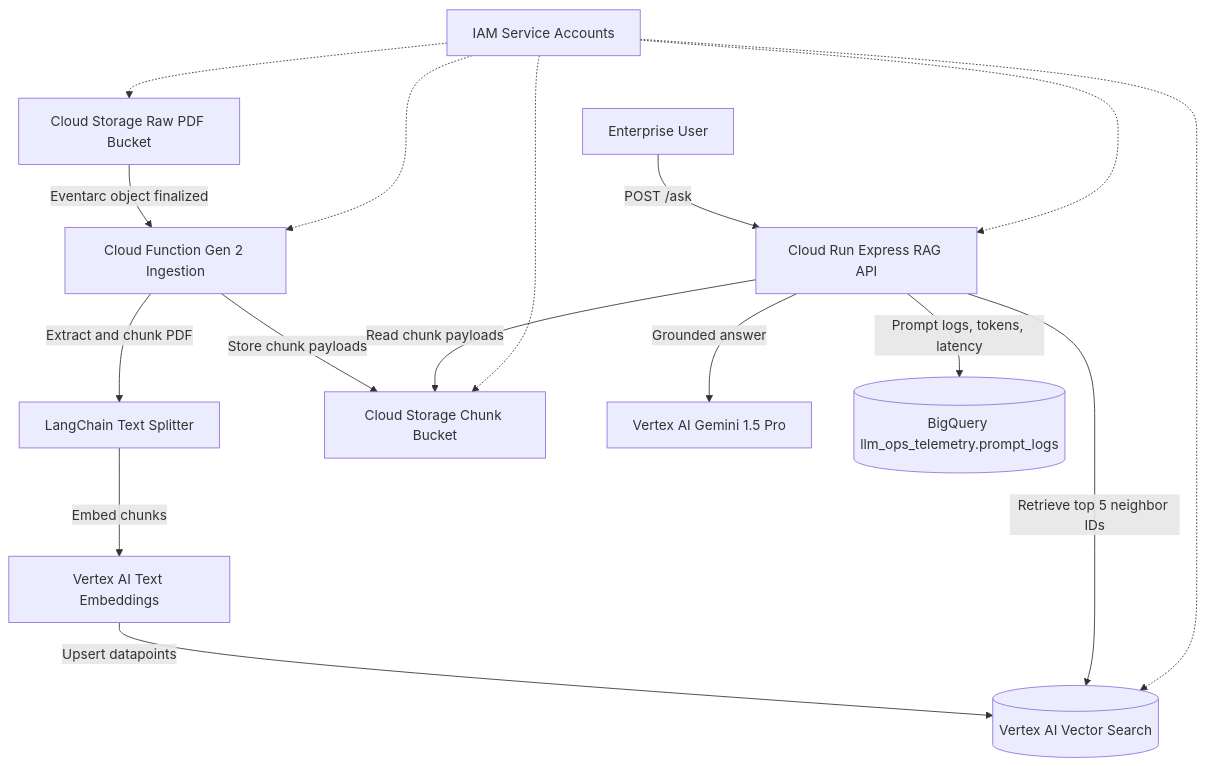
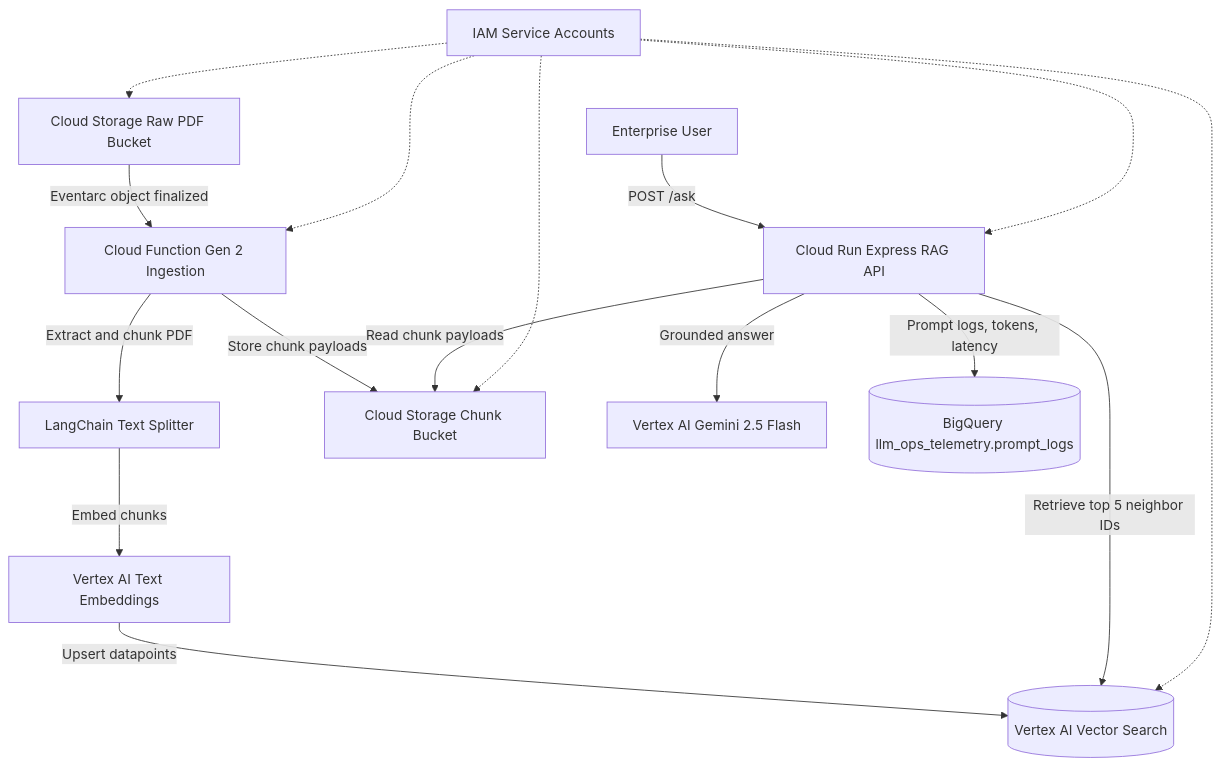
Before and after one commit to otyeung/vertex-enterprise-rag: the diagram in README.md, drawn with Mermaid. The commit also changed other lines of this file, not shown here.

````diff
--- a/README.md
+++ b/README.md
@@ -26,18 +26,18 @@
 ```mermaid
 graph TD
     User[Enterprise User] -->|POST /ask| Run[Cloud Run Express RAG API]
     GCS[Cloud Storage Raw PDF Bucket] -->|Eventarc object finalized| Fn[Cloud Function Gen 2 Ingestion]
     Fn -->|Extract and chunk PDF| Split[LangChain Text Splitter]
     Split -->|Embed chunks| Embed[Vertex AI Text Embeddings]
     Embed -->|Upsert datapoints| VS[(Vertex AI Vector Search)]
     Fn -->|Store chunk payloads| ChunkGCS[Cloud Storage Chunk Bucket]
     Run -->|Retrieve top 5 neighbor IDs| VS
     Run -->|Read chunk payloads| ChunkGCS
-    Run -->|Grounded answer| Gemini[Vertex AI Gemini 1.5 Pro]
+    Run -->|Grounded answer| Gemini[Vertex AI Gemini 2.5 Flash]
     Run -->|Prompt logs, tokens, latency| BQ[(BigQuery llm_ops_telemetry.prompt_logs)]
     IAM[IAM Service Accounts] -.-> GCS
     IAM -.-> Fn
     IAM -.-> Run
     IAM -.-> VS
     IAM -.-> ChunkGCS
 ```
````
